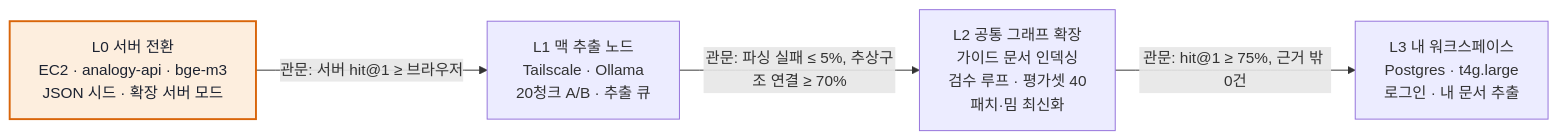
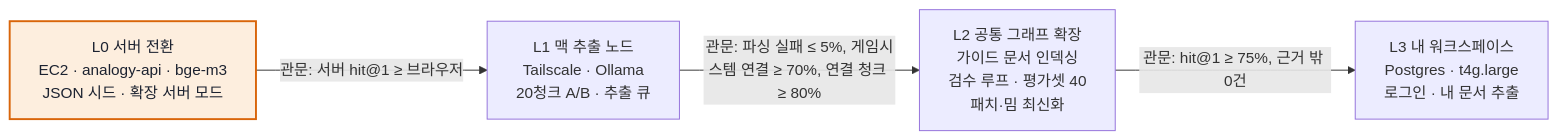
Before and after one commit to roasted-penguin/good-metaphor: the fifth of 5 diagrams in docs/architecture-lightrag.md, drawn with Mermaid. The commit also changed other lines of this file and 3 other files, not shown here.

````diff
--- a/docs/architecture-lightrag.md
+++ b/docs/architecture-lightrag.md
@@ -280,13 +280,13 @@
 ```mermaid
 flowchart LR
   L0["L0 서버 전환<br/>EC2 · analogy-api · bge-m3<br/>JSON 시드 · 확장 서버 모드"]
   L1["L1 맥 추출 노드<br/>Tailscale · Ollama<br/>20청크 A/B · 추출 큐"]
   L2["L2 공통 그래프 확장<br/>가이드 문서 인덱싱<br/>검수 루프 · 평가셋 40<br/>패치·밈 최신화"]
   L3["L3 내 워크스페이스<br/>Postgres · t4g.large<br/>로그인 · 내 문서 추출"]
   L0 -->|"관문: 서버 hit@1 ≥ 브라우저"| L1
-  L1 -->|"관문: 파싱 실패 ≤ 5%, 추상구조 연결 ≥ 70%"| L2
+  L1 -->|"관문: 파싱 실패 ≤ 5%, 게임시스템 연결 ≥ 70%, 연결 청크 ≥ 80%"| L2
   L2 -->|"관문: hit@1 ≥ 75%, 근거 밖 0건"| L3
 
   classDef now fill:#fdeede,stroke:#d9650a,stroke-width:2px,color:#1c2230
   class L0 now
 ```
````
